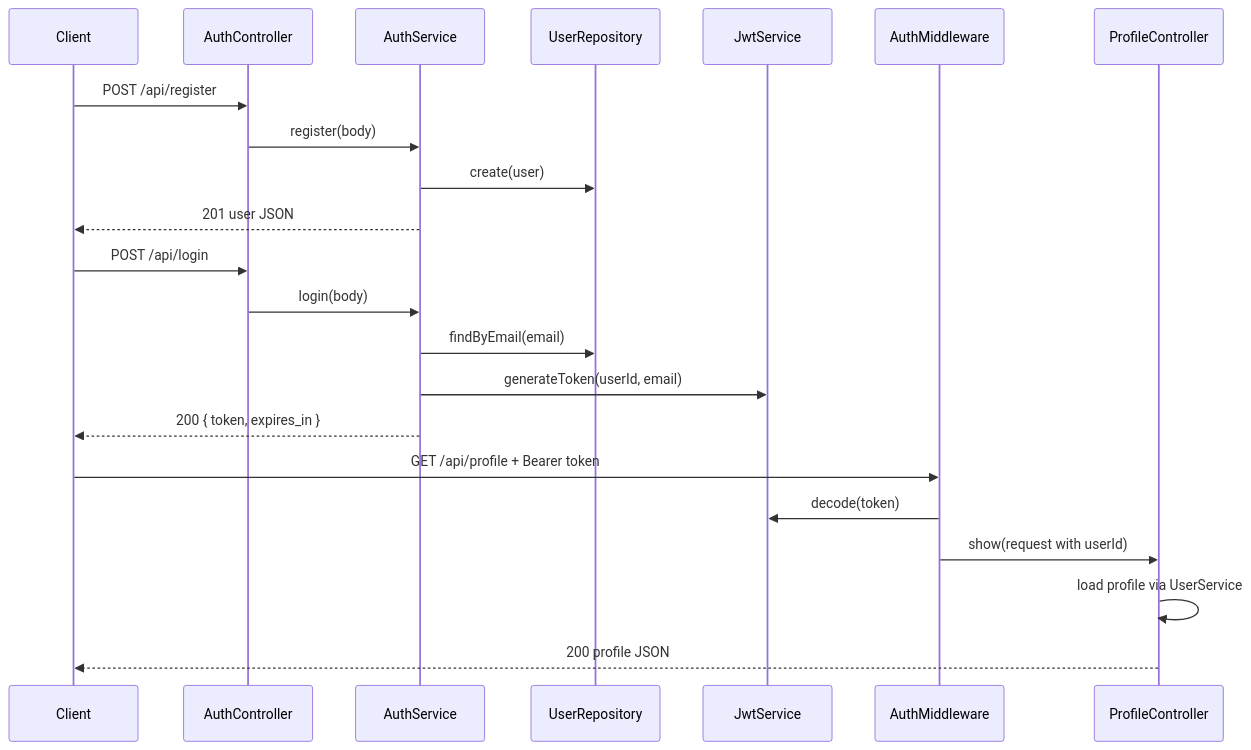
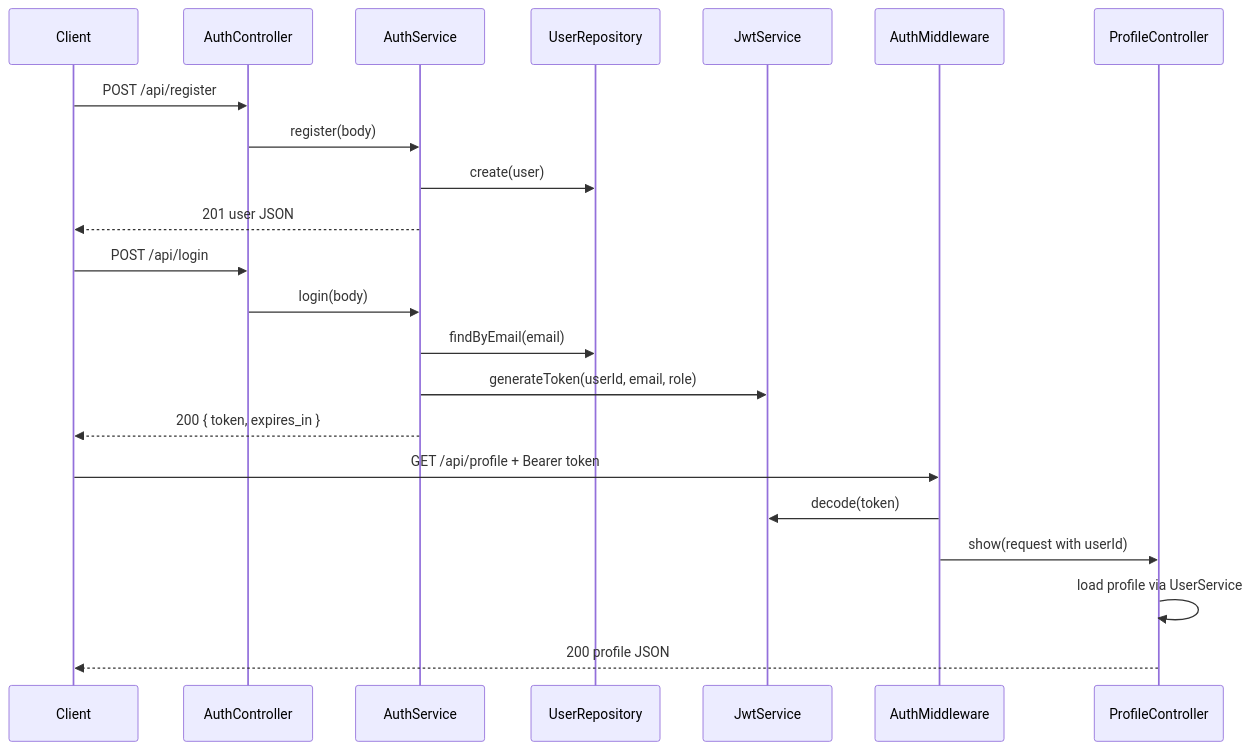
The second of 4 diagrams in README.md (AdamsUCCollegeProjects/php-backend-server), drawn with Mermaid before and after one commit. The commit also changed other lines of this file and 9 other files, not shown here.

````diff
--- a/README.md
+++ b/README.md
@@ -123,27 +364,27 @@
 ```mermaid
 sequenceDiagram
   participant Client
   participant AuthController
   participant AuthService
   participant UserRepository
   participant JwtService
   participant AuthMiddleware
   participant ProfileController
 
   Client->>AuthController: POST /api/register
   AuthController->>AuthService: register(body)
   AuthService->>UserRepository: create(user)
   AuthService-->>Client: 201 user JSON
 
   Client->>AuthController: POST /api/login
   AuthController->>AuthService: login(body)
   AuthService->>UserRepository: findByEmail(email)
-  AuthService->>JwtService: generateToken(userId, email)
+  AuthService->>JwtService: generateToken(userId, email, role)
   AuthService-->>Client: 200 { token, expires_in }
 
   Client->>AuthMiddleware: GET /api/profile + Bearer token
   AuthMiddleware->>JwtService: decode(token)
   AuthMiddleware->>ProfileController: show(request with userId)
   ProfileController->>ProfileController: load profile via UserService
   ProfileController-->>Client: 200 profile JSON
 ```
````
